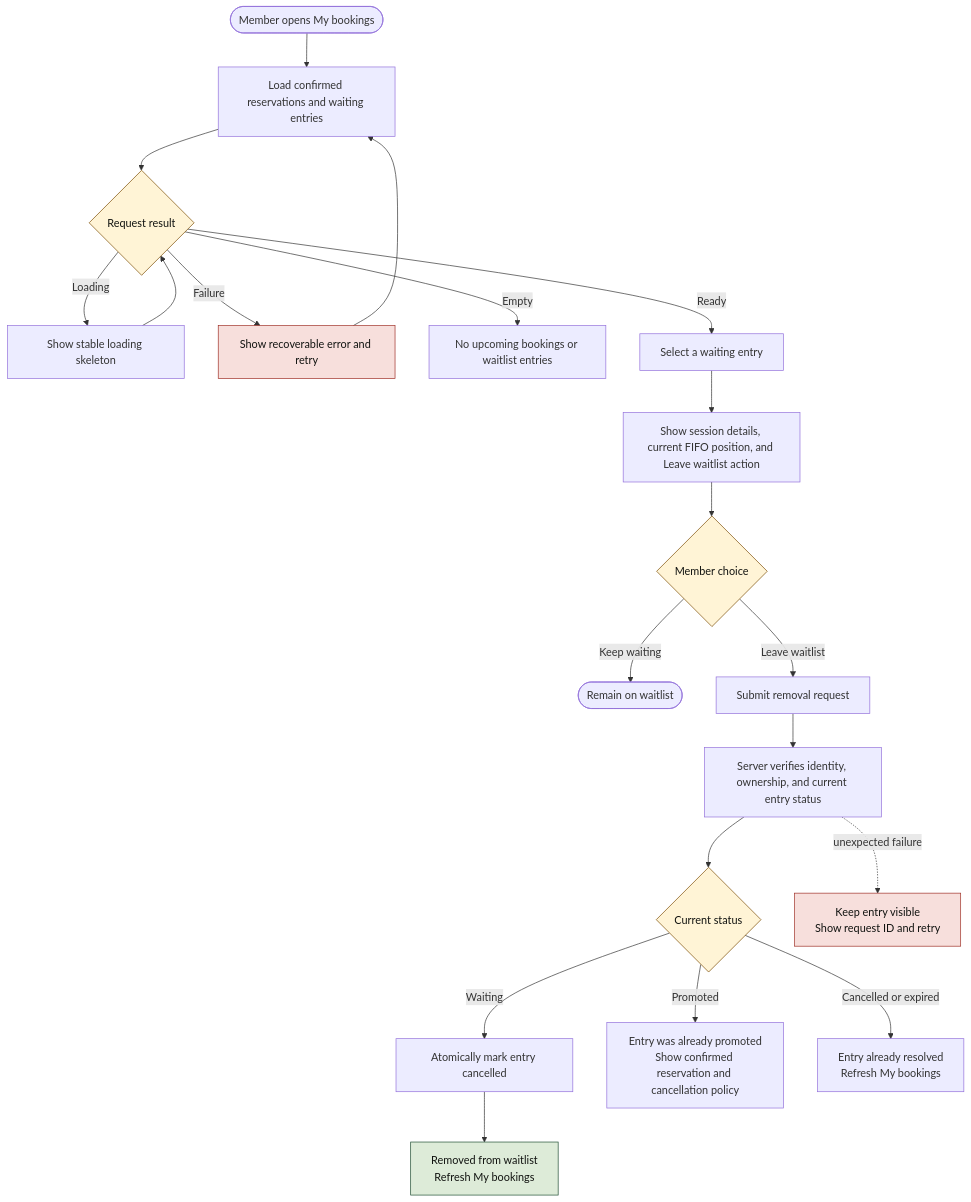
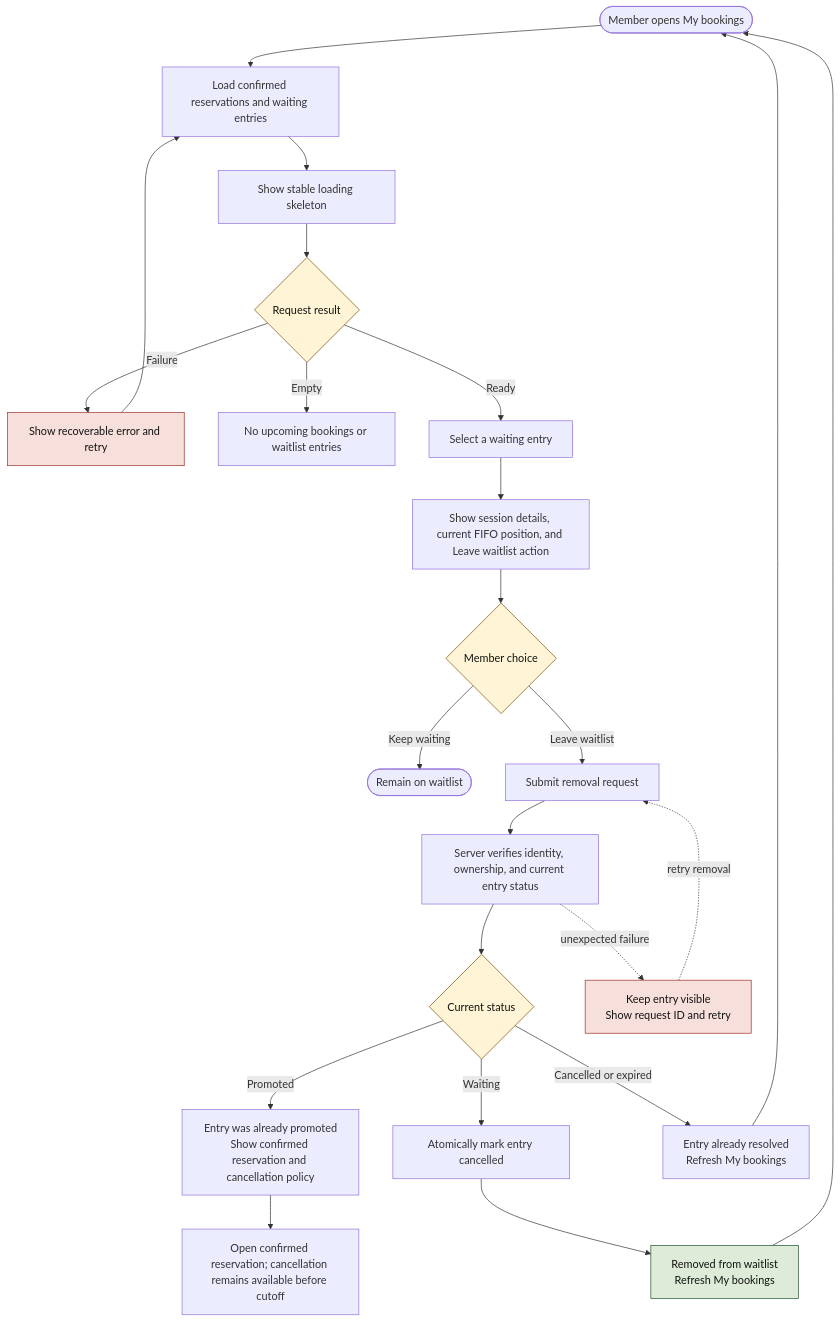
One commit to AqueosHeart/fitops changed the diagram in docs/design/user-flow-waitlist.mmd. Above: the diagram before and after it, drawn with Mermaid. The commit also changed 35 other files, not shown here.

Commit message:
better diagraming and wireframe

```diff
--- a/docs/design/user-flow-waitlist.mmd
+++ b/docs/design/user-flow-waitlist.mmd
@@ -1,27 +1,27 @@
 flowchart TD
     classDef success fill:#DDEBD8,stroke:#1F4D32,color:#111310;
     classDef error fill:#F7DFDC,stroke:#9E2E25,color:#111310;
     classDef decision fill:#FFF4D6,stroke:#7A4B00,color:#111310;
 
     Start([Member opens My bookings]) --> Load[Load confirmed reservations and waiting entries]
-    Load --> LoadState{Request result}
-    LoadState -- Loading --> Loading[Show stable loading skeleton]
-    Loading --> LoadState
+    Load --> Loading[Show stable loading skeleton]
+    Loading --> LoadState{Request result}
     LoadState -- Failure --> Retry[Show recoverable error and retry]:::error
     Retry --> Load
     LoadState -- Empty --> Empty[No upcoming bookings or waitlist entries]
     LoadState -- Ready --> Select[Select a waiting entry]
     Select --> Details["Show session details, current FIFO position, and Leave waitlist action"]
     Details --> Choice{Member choice}
     Choice -- Keep waiting --> End([Remain on waitlist])
     Choice -- Leave waitlist --> Submit[Submit removal request]
 
     Submit --> ServerCheck["Server verifies identity, ownership, and current entry status"]
     ServerCheck --> Status{Current status}
     Status -- Waiting --> Remove[Atomically mark entry cancelled]
-    Remove --> Removed["Removed from waitlist<br/>Refresh My bookings"]:::success
-    Status -- Promoted --> Promoted["Entry was already promoted<br/>Show confirmed reservation and cancellation policy"]
-    Status -- Cancelled or expired --> Resolved["Entry already resolved<br/>Refresh My bookings"]
+    Remove --> Removed["Removed from waitlist<br/>Refresh My bookings"]:::success --> Start
+    Status -- Promoted --> Promoted["Entry was already promoted<br/>Show confirmed reservation and cancellation policy"] --> ConfirmedReservation["Open confirmed reservation; cancellation remains available before cutoff"]
+    Status -- Cancelled or expired --> Resolved["Entry already resolved<br/>Refresh My bookings"] --> Start
     ServerCheck -. unexpected failure .-> RemoveFailure["Keep entry visible<br/>Show request ID and retry"]:::error
+    RemoveFailure -. retry removal .-> Submit
 
     class LoadState,Choice,Status decision;
```
